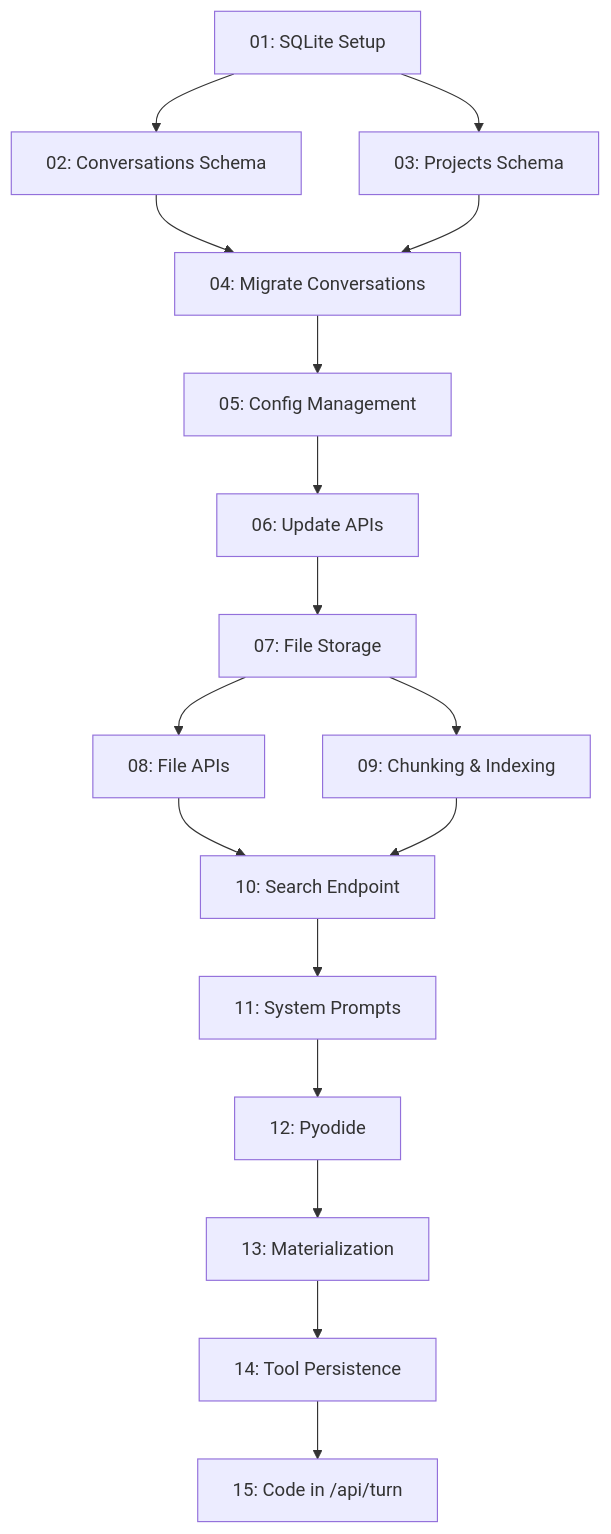
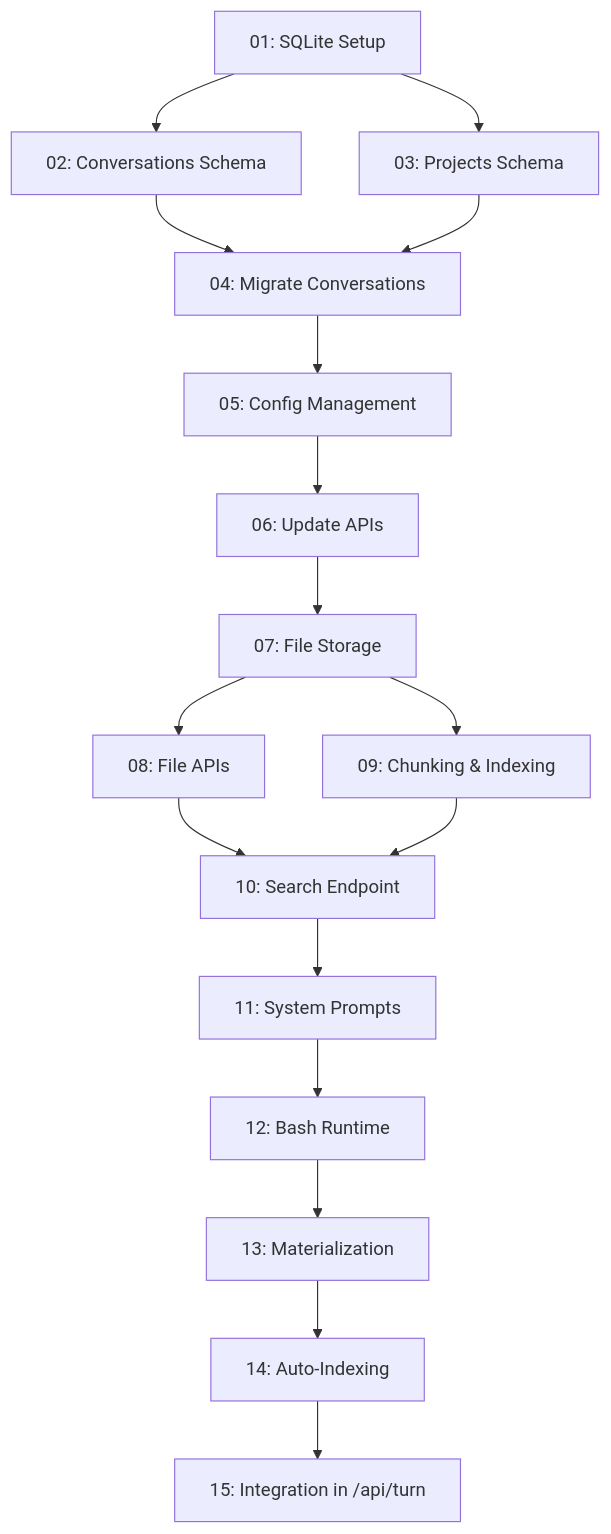
Before and after one commit to abstractionlair/MultiModelChat: the diagram in plan/ROADMAP.md, drawn with Mermaid. The commit also changed other lines of this file and 8 other files, not shown here.

````diff
--- a/plan/ROADMAP.md
+++ b/plan/ROADMAP.md
@@ -46,21 +46,21 @@
 ```mermaid
 graph TD
     01[01: SQLite Setup] --> 02[02: Conversations Schema]
     01 --> 03[03: Projects Schema]
     02 --> 04[04: Migrate Conversations]
     03 --> 04
     04 --> 05[05: Config Management]
     05 --> 06[06: Update APIs]
 
     06 --> 07[07: File Storage]
     07 --> 08[08: File APIs]
     07 --> 09[09: Chunking & Indexing]
     08 --> 10[10: Search Endpoint]
     09 --> 10
     10 --> 11[11: System Prompts]
 
-    11 --> 12[12: Pyodide]
+    11 --> 12[12: Bash Runtime]
     12 --> 13[13: Materialization]
-    13 --> 14[14: Tool Persistence]
-    14 --> 15[15: Code in /api/turn]
+    13 --> 14[14: Auto-Indexing]
+    14 --> 15[15: Integration in /api/turn]
 ```
````
